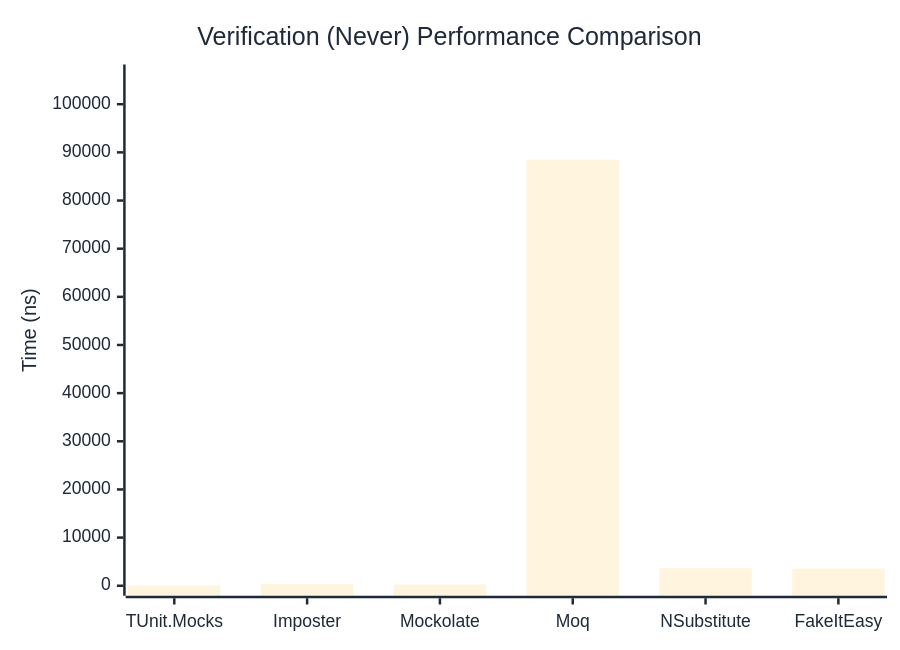
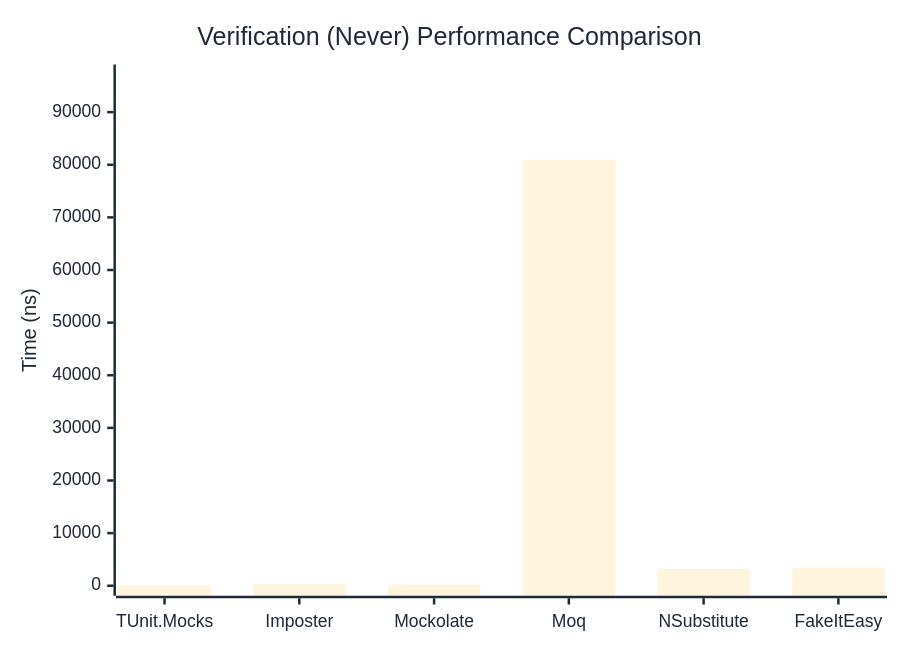
Before and after one commit to thomhurst/TUnit: the second of 3 diagrams in docs/docs/benchmarks/mocks/Verification.md, drawn with Mermaid. The commit also changed other lines of this file and 14 other files, not shown here.

````diff
--- a/docs/docs/benchmarks/mocks/Verification.md
+++ b/docs/docs/benchmarks/mocks/Verification.md
@@ -71,27 +71,27 @@
 ```mermaid
 %%{init: {
   'theme':'base',
   'themeVariables': {
     'primaryColor': '#2563eb',
     'primaryTextColor': '#1f2937',
     'primaryBorderColor': '#1e40af',
     'lineColor': '#6b7280',
     'secondaryColor': '#7c3aed',
     'tertiaryColor': '#dc2626',
     'background': '#ffffff',
     'pie1': '#2563eb',
     'pie2': '#7c3aed',
     'pie3': '#dc2626',
     'pie4': '#f59e0b',
     'pie5': '#10b981',
     'pie6': '#06b6d4',
     'pie7': '#ec4899',
     'pie8': '#6366f1'
   }
 }}%%
 xychart-beta
   title "Verification (Never) Performance Comparison"
   x-axis ["TUnit.Mocks", "Imposter", "Mockolate", "Moq", "NSubstitute", "FakeItEasy"]
-  y-axis "Time (ns)" 0 --> 106172
-  bar [52.79, 335.46, 249.8, 88476.37, 3638.22, 3580.28]
+  y-axis "Time (ns)" 0 --> 97150
+  bar [46.28, 285.68, 223.94, 80958.08, 3226.29, 3436.39]
 ```
````
